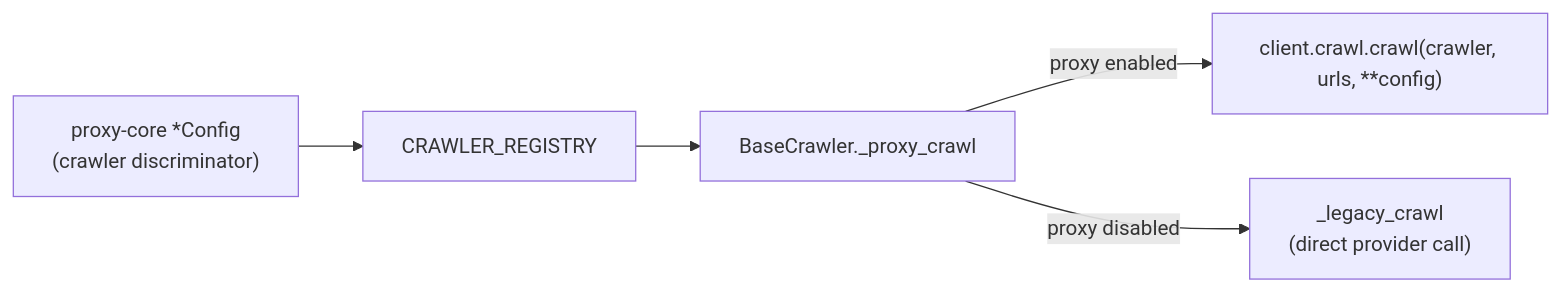
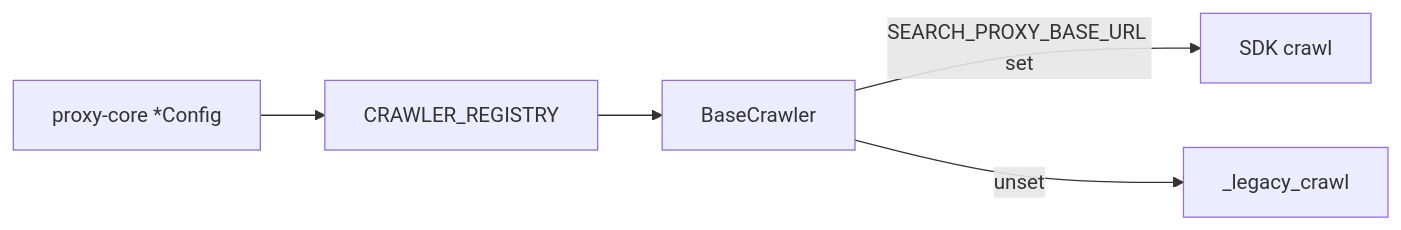
The diagram in tool_packages/unique_web_search/src/unique_web_search/services/crawlers/README.md (Unique-AG/ai), drawn with Mermaid before and after one commit. The commit also changed other lines of this file and 4 other files, not shown here.

````diff
--- a/tool_packages/unique_web_search/src/unique_web_search/services/crawlers/README.md
+++ b/tool_packages/unique_web_search/src/unique_web_search/services/crawlers/README.md
@@ -9,13 +9,13 @@
 ```mermaid
 flowchart LR
-  Config["proxy-core *Config\n(crawler discriminator)"]
+  Config["proxy-core *Config"]
   Registry["CRAWLER_REGISTRY"]
-  Base["BaseCrawler._proxy_crawl"]
-  SDK["client.crawl.crawl(crawler, urls, **config)"]
-  Legacy["_legacy_crawl\n(direct provider call)"]
+  Base["BaseCrawler"]
+  SDK["SDK crawl"]
+  Legacy["_legacy_crawl"]
 
   Config --> Registry
   Registry --> Base
-  Base -->|"proxy enabled"| SDK
-  Base -->|"proxy disabled"| Legacy
+  Base -->|"SEARCH_PROXY_BASE_URL set"| SDK
+  Base -->|"unset"| Legacy
 ```
````
